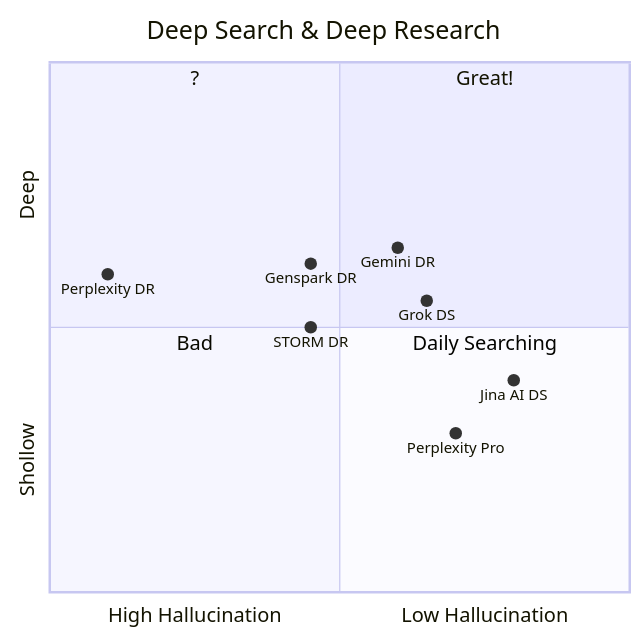
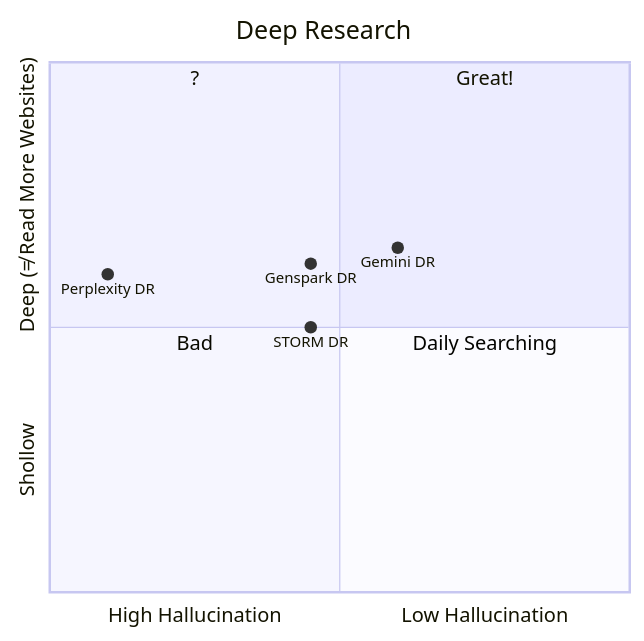
The second of 2 diagrams in blog/AI/free_LLM.md (RarityBrown/blog), drawn with Mermaid before and after one commit. The commit also changed other lines of this file, not shown here.

````diff
--- a/blog/AI/free_LLM.md
+++ b/blog/AI/free_LLM.md
@@ -15,20 +38,16 @@
 ```mermaid
 quadrantChart
-    title Deep Search & Deep Research
+    title Deep Research
     x-axis High Hallucination --> Low Hallucination
-    y-axis Shollow --> Deep
+    y-axis Shollow --> "Deep (≠ Read More Websites)"
     
     quadrant-1 Great!
     quadrant-2 ?
     quadrant-3 Bad
     quadrant-4 Daily Searching
-    
-    Grok DS: [0.65, 0.55]
-    Perplexity Pro: [0.7, 0.3]
+
     Perplexity DR: [0.1, 0.6]
-    Jina AI DS: [0.8, 0.40]
-    
     Genspark DR: [0.45, 0.62]
     STORM DR: [0.45, 0.5]
     Gemini DR: [0.6, 0.65]
 ```
````
